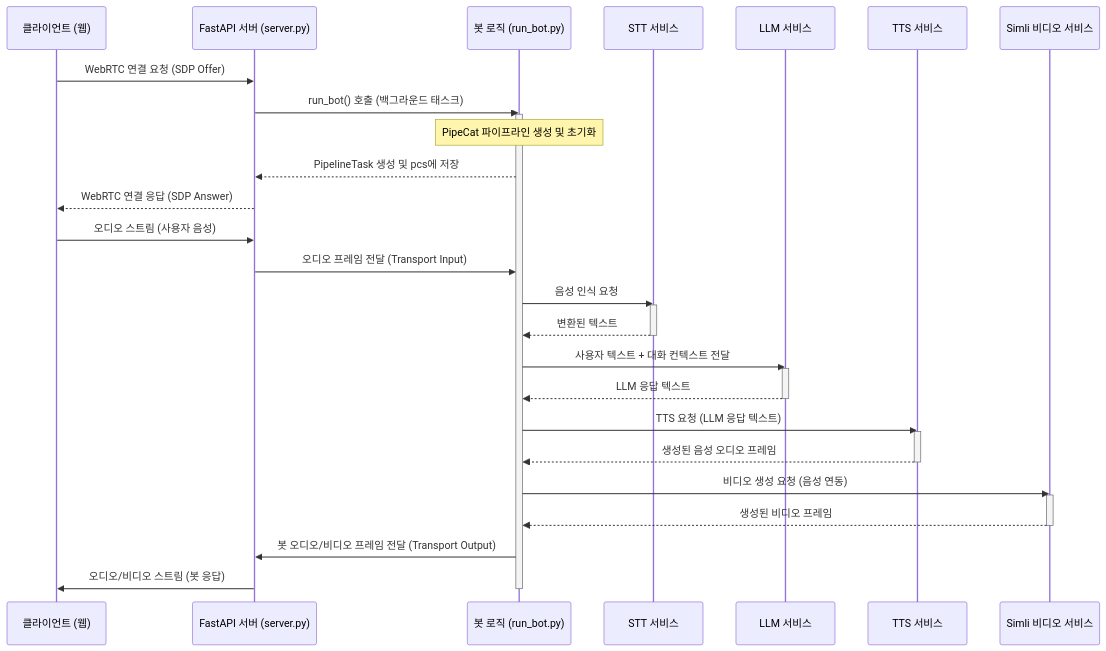
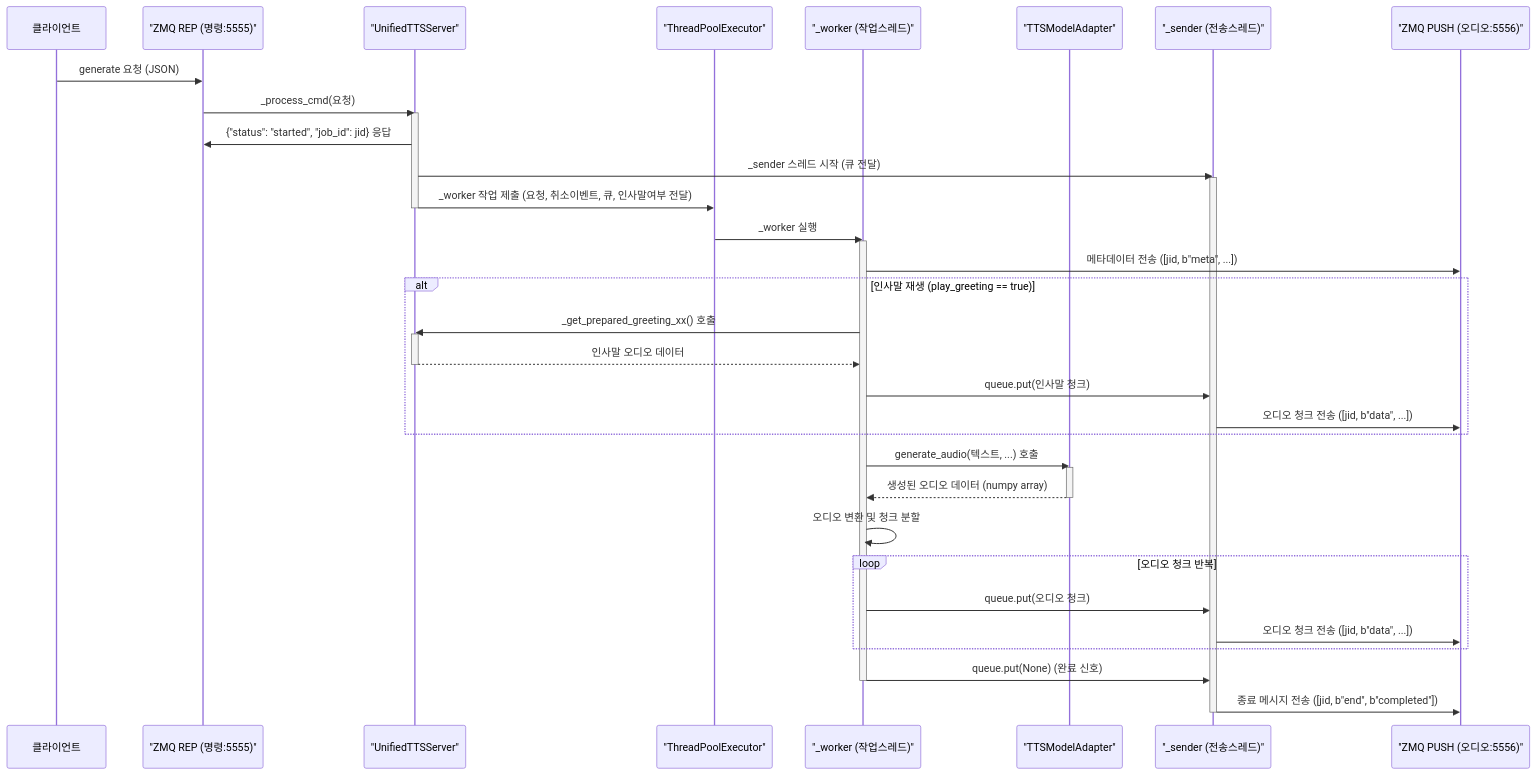
The third of 7 diagrams in README.md (donggyun112/tts_server), drawn with Mermaid before and after one commit. The commit also changed other lines of this file, not shown here.

````diff
--- a/README.md
+++ b/README.md
@@ -152,43 +361,50 @@
 ```mermaid
 sequenceDiagram
-    participant Client as 클라이언트 (웹)
-    participant Server as FastAPI 서버 (server.py)
-    participant BotLogic as 봇 로직 (run_bot.py)
-    participant STT as STT 서비스
-    participant LLM as LLM 서비스
-    participant TTS as TTS 서비스
-    participant Video as Simli 비디오 서비스
+    participant Client as 클라이언트
+    participant CmdSock as "ZMQ REP (명령:5555)"
+    participant Server as "UnifiedTTSServer"
+    participant ThreadPool as "ThreadPoolExecutor"
+    participant Worker as "_worker (작업스레드)"
+    participant Adapter as "TTSModelAdapter"
+    participant Sender as "_sender (전송스레드)"
+    participant AudioSock as "ZMQ PUSH (오디오:5556)"
 
-    Client->>Server: WebRTC 연결 요청 (SDP Offer)
-    Server->>BotLogic: run_bot() 호출 (백그라운드 태스크)
-    activate BotLogic
-    Note over BotLogic: PipeCat 파이프라인 생성 및 초기화
-    BotLogic-->>Server: PipelineTask 생성 및 pcs에 저장
-    Server-->>Client: WebRTC 연결 응답 (SDP Answer)
+    Client->>CmdSock: generate 요청 (JSON)
+    CmdSock->>Server: _process_cmd(요청)
+    activate Server
+    Server->>CmdSock: {"status": "started", "job_id": jid} 응답
+    Server->>Sender: _sender 스레드 시작 (큐 전달)
+    activate Sender
+    Server->>ThreadPool: _worker 작업 제출 (요청, 취소이벤트, 큐, 인사말여부 전달)
+    deactivate Server
+    ThreadPool->>Worker: _worker 실행
+    activate Worker
 
-    Client->>Server: 오디오 스트림 (사용자 음성)
-    Server->>BotLogic: 오디오 프레임 전달 (Transport Input)
-    BotLogic->>STT: 음성 인식 요청
-    activate STT
-    STT-->>BotLogic: 변환된 텍스트
-    deactivate STT
+    Worker->>AudioSock: 메타데이터 전송 ([jid, b"meta", ...])
 
-    BotLogic->>LLM: 사용자 텍스트 + 대화 컨텍스트 전달
-    activate LLM
-    LLM-->>BotLogic: LLM 응답 텍스트
-    deactivate LLM
+    alt 인사말 재생 (play_greeting == true)
+        Worker->>Server: _get_prepared_greeting_xx() 호출
+        activate Server
+        Server-->>Worker: 인사말 오디오 데이터
+        deactivate Server
+        Worker->>Sender: queue.put(인사말 청크)
+        Sender->>AudioSock: 오디오 청크 전송 ([jid, b"data", ...])
+    end
 
-    BotLogic->>TTS: TTS 요청 (LLM 응답 텍스트)
-    activate TTS
-    TTS-->>BotLogic: 생성된 음성 오디오 프레임
-    deactivate TTS
+    Worker->>Adapter: generate_audio(텍스트, ...) 호출
+    activate Adapter
+    Adapter-->>Worker: 생성된 오디오 데이터 (numpy array)
+    deactivate Adapter
 
-    BotLogic->>Video: 비디오 생성 요청 (음성 연동)
-    activate Video
-    Video-->>BotLogic: 생성된 비디오 프레임
-    deactivate Video
+    Worker->>Worker: 오디오 변환 및 청크 분할
+    loop 오디오 청크 반복
+        Worker->>Sender: queue.put(오디오 청크)
+        Sender->>AudioSock: 오디오 청크 전송 ([jid, b"data", ...])
+    end
 
-    BotLogic->>Server: 봇 오디오/비디오 프레임 전달 (Transport Output)
-    Server->>Client: 오디오/비디오 스트림 (봇 응답)
-    deactivate BotLogic
+    Worker->>Sender: queue.put(None) (완료 신호)
+    deactivate Worker
+
+    Sender->>AudioSock: 종료 메시지 전송 ([jid, b"end", b"completed"])
+    deactivate Sender
 ```
````
